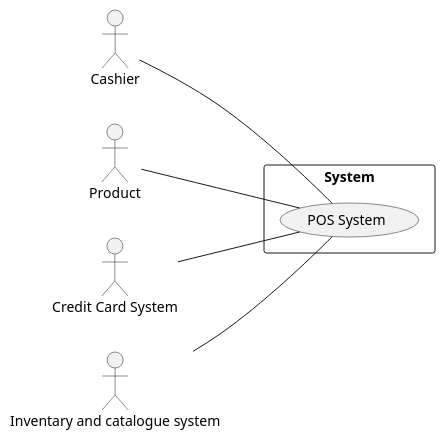
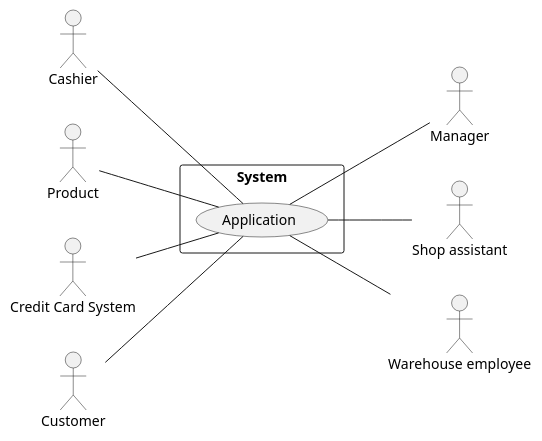
One commit to marco-ballario/EzShop changed the diagram in Deliverables/RequirementsDocument.md. Above: the diagram before and after it, drawn with PlantUML. The commit also changed other lines of this file, not shown here.

Commit message:
docs: restore context diagram

````diff
--- a/Deliverables/RequirementsDocument.md
+++ b/Deliverables/RequirementsDocument.md
@@ -61,14 +62,20 @@
 ```plantuml
 left to right direction
 actor "Cashier" as C
 actor "Product" as P
 actor "Credit Card System" as CCS
-actor "Inventary and catalogue system" as IACS
+actor "Manager" as M
+actor "Shop assistant" as SA
+actor "Warehouse employee" as WE
+actor "Customer" as CU
 rectangle System{
-  usecase "POS System" as SW
+	(Application) as SW
+	C -- SW
+	P -- SW
+	CCS -- SW
+	CU -- SW
+	SW -- WE
+	SW -- M
+	SW -- SA
 }
-C -- SW
-P -- SW
-CCS -- SW
-IACS -- SW
 ```
````
